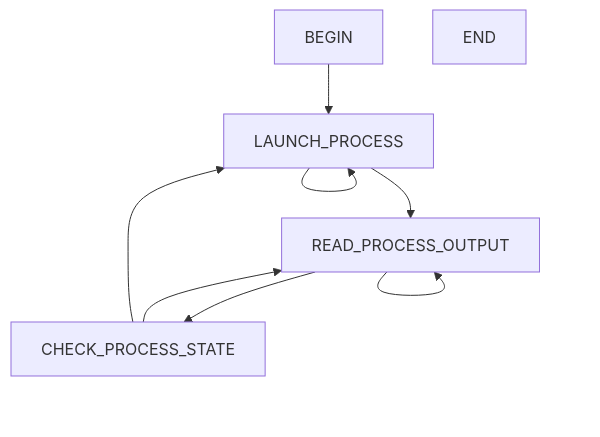
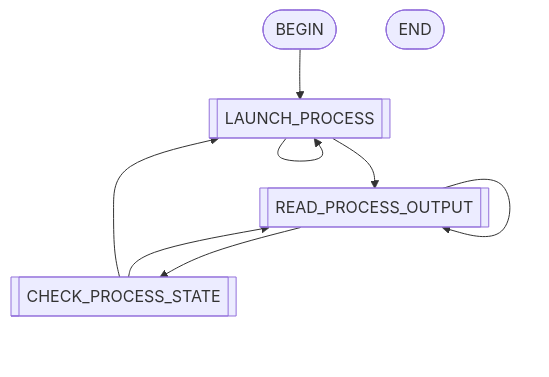
Before and after one commit to flower-org/HeliumIngestor: the second of 8 diagrams in README.md, drawn with Mermaid. The commit also changed other lines of this file and 1 other file, not shown here.

Commit message:
Mermaid diagrams auto-gen updates

````diff
--- a/README.md
+++ b/README.md
@@ -37,15 +19,15 @@
 ```mermaid
-graph
-BEGIN
-END
-LAUNCH_PROCESS
-BEGIN --> LAUNCH_PROCESS
-LAUNCH_PROCESS --> LAUNCH_PROCESS
-LAUNCH_PROCESS --> READ_PROCESS_OUTPUT
-CHECK_PROCESS_STATE
-CHECK_PROCESS_STATE --> READ_PROCESS_OUTPUT
-CHECK_PROCESS_STATE --> LAUNCH_PROCESS
-READ_PROCESS_OUTPUT
-READ_PROCESS_OUTPUT --> READ_PROCESS_OUTPUT
-READ_PROCESS_OUTPUT --> CHECK_PROCESS_STATE
+flowchart
+BEGIN([BEGIN])
+END([END])
+LAUNCH_PROCESS[[LAUNCH_PROCESS]]
+BEGIN([BEGIN]) --> LAUNCH_PROCESS[[LAUNCH_PROCESS]]
+LAUNCH_PROCESS --> LAUNCH_PROCESS[[LAUNCH_PROCESS]]
+LAUNCH_PROCESS --> READ_PROCESS_OUTPUT[[READ_PROCESS_OUTPUT]]
+CHECK_PROCESS_STATE[[CHECK_PROCESS_STATE]]
+CHECK_PROCESS_STATE --> READ_PROCESS_OUTPUT[[READ_PROCESS_OUTPUT]]
+CHECK_PROCESS_STATE --> LAUNCH_PROCESS[[LAUNCH_PROCESS]]
+READ_PROCESS_OUTPUT[[READ_PROCESS_OUTPUT]]
+READ_PROCESS_OUTPUT --> READ_PROCESS_OUTPUT[[READ_PROCESS_OUTPUT]]
+READ_PROCESS_OUTPUT --> CHECK_PROCESS_STATE[[CHECK_PROCESS_STATE]]
 ```
````
